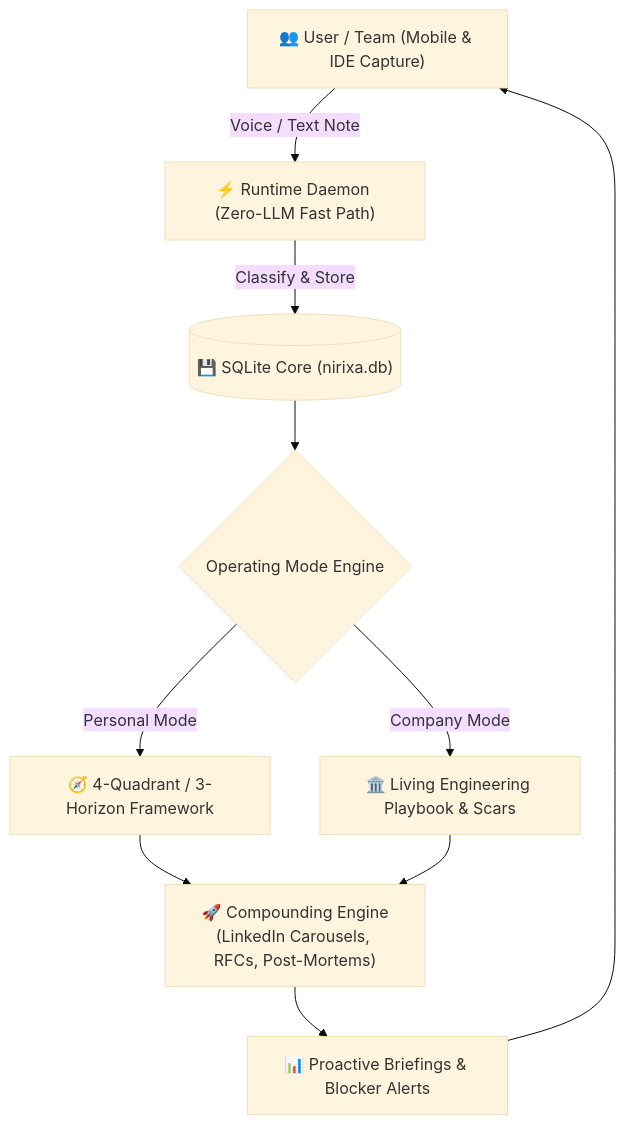
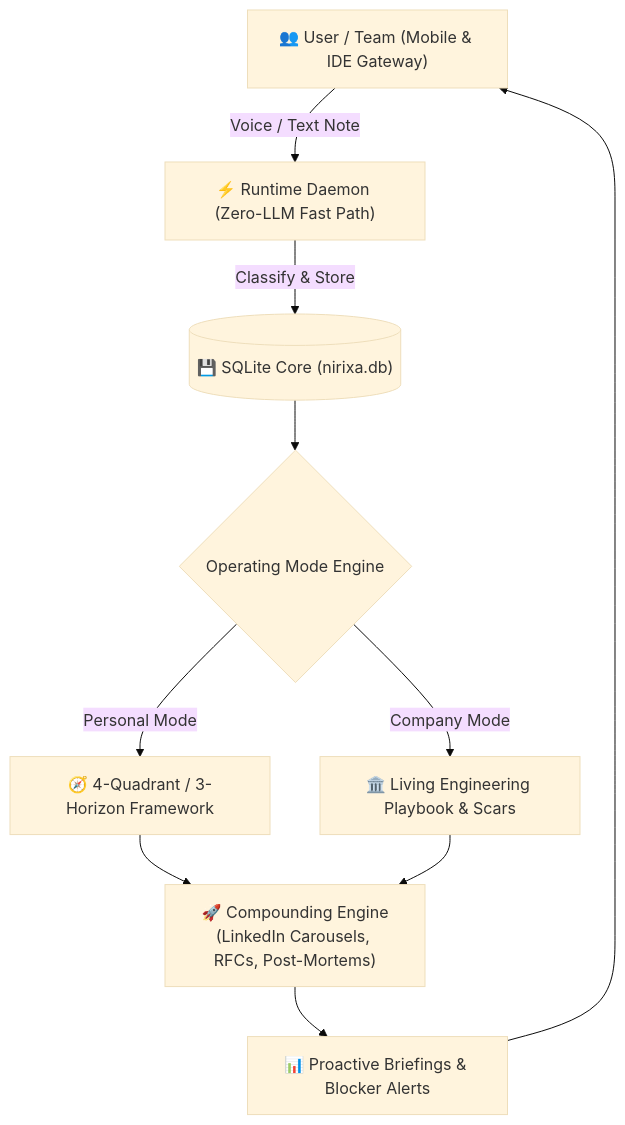
One commit to Monish-Nallagondalla/Nirixa changed the diagram in README.md. Above: the diagram before and after it, drawn with Mermaid (base theme). The commit also changed other lines of this file, not shown here.

````diff
--- a/README.md
+++ b/README.md
@@ -87,11 +119,11 @@
 ```mermaid
 graph TD
-    User["👥 User / Team (Mobile & IDE Capture)"] -->|"Voice / Text Note"| Daemon["⚡ Runtime Daemon (Zero-LLM Fast Path)"]
+    User["👥 User / Team (Mobile & IDE Gateway)"] -->|"Voice / Text Note"| Daemon["⚡ Runtime Daemon (Zero-LLM Fast Path)"]
     Daemon -->|"Classify & Store"| DB[("💾 SQLite Core (nirixa.db)")]
     DB --> OperatingMode{"Operating Mode Engine"}
     OperatingMode -->|"Personal Mode"| Q["🧭 4-Quadrant / 3-Horizon Framework"]
     OperatingMode -->|"Company Mode"| W["🏛️ Living Engineering Playbook & Scars"]
     Q & W --> Compounding["🚀 Compounding Engine<br/>(LinkedIn Carousels, RFCs, Post-Mortems)"]
     Compounding --> Proactive["📊 Proactive Briefings & Blocker Alerts"]
     Proactive --> User
 ```
````
